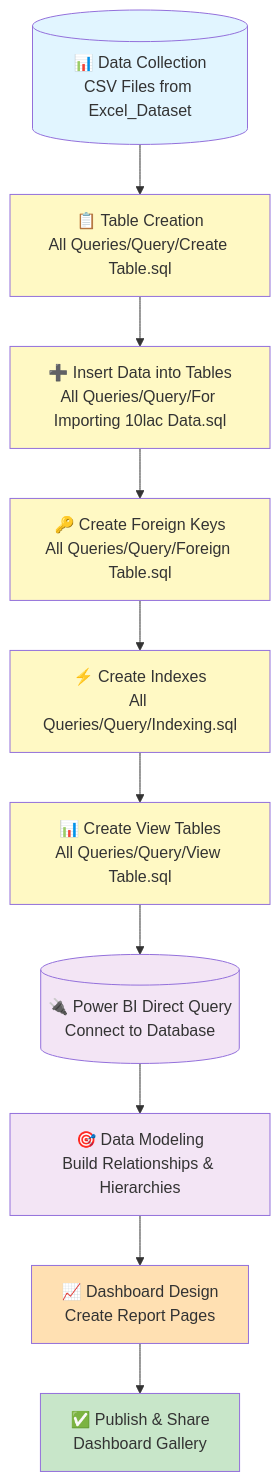
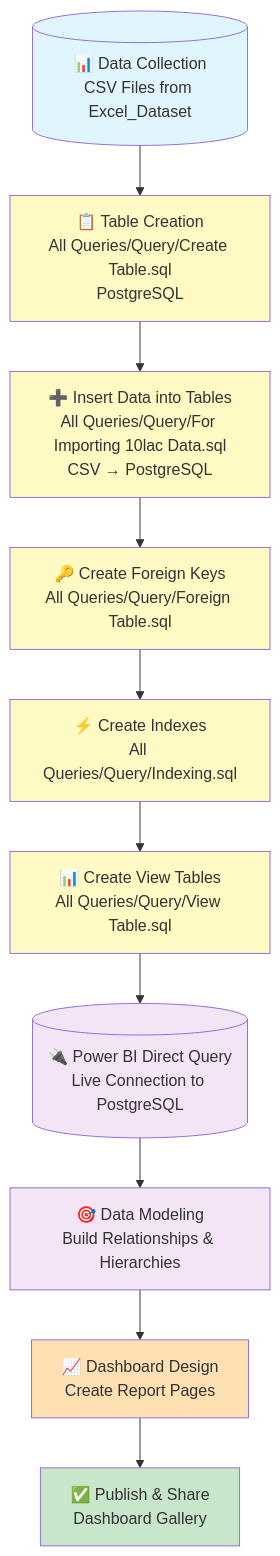
One commit to jatinkumar4148/Olist_Sales_Analsis changed the diagram in README.md. Above: the diagram before and after it, drawn with Mermaid. The commit also changed other lines of this file, not shown here.

Commit message:
Clarify Power BI Direct Query implementation with PostgreSQL and add Technology Stack section

````diff
--- a/README.md
+++ b/README.md
@@ -23,23 +32,23 @@
 ```mermaid
 graph TD
-    A[("📊 Data Collection<br/>CSV Files from Excel_Dataset")] --> B["📋 Table Creation<br/>All Queries/Query/Create Table.sql"]
-    B --> C["➕ Insert Data into Tables<br/>All Queries/Query/For Importing 10lac Data.sql"]
+    A[("📊 Data Collection<br/>CSV Files from Excel_Dataset")] --> B["📋 Table Creation<br/>All Queries/Query/Create Table.sql<br/>PostgreSQL"]
+    B --> C["➕ Insert Data into Tables<br/>All Queries/Query/For Importing 10lac Data.sql<br/>CSV → PostgreSQL"]
     C --> D["🔑 Create Foreign Keys<br/>All Queries/Query/Foreign Table.sql"]
     D --> E["⚡ Create Indexes<br/>All Queries/Query/Indexing.sql"]
     E --> F["📊 Create View Tables<br/>All Queries/Query/View Table.sql"]
-    F --> G[("🔌 Power BI Direct Query<br/>Connect to Database")]
+    F --> G[("🔌 Power BI Direct Query<br/>Live Connection to PostgreSQL")]
     G --> H["🎯 Data Modeling<br/>Build Relationships & Hierarchies"]
     H --> I["📈 Dashboard Design<br/>Create Report Pages"]
     I --> J["✅ Publish & Share<br/>Dashboard Gallery"]
     
     style A fill:#e1f5ff
     style B fill:#fff9c4
     style C fill:#fff9c4
     style D fill:#fff9c4
     style E fill:#fff9c4
     style F fill:#fff9c4
     style G fill:#f3e5f5
     style H fill:#f3e5f5
     style I fill:#ffe0b2
     style J fill:#c8e6c9
 ```
````
